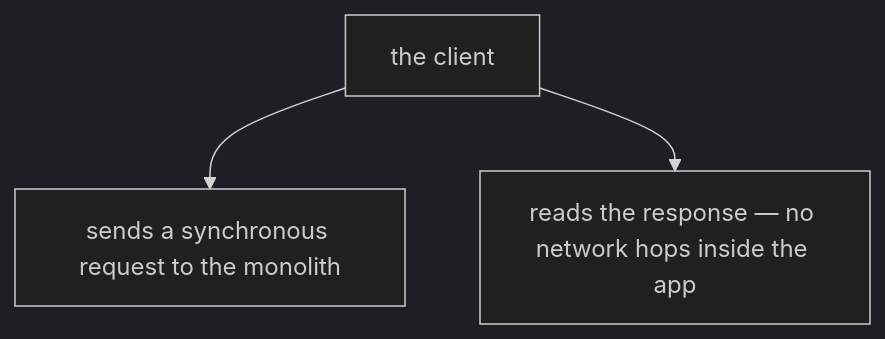
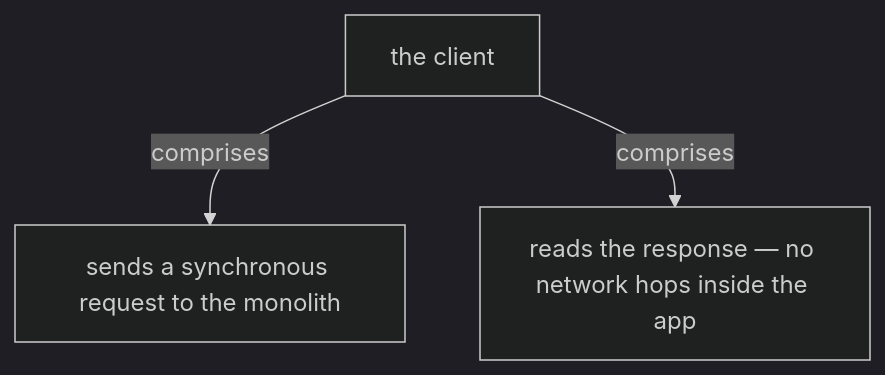
The seventh of 13 diagrams in docs/ch01-monolithic-architecture.md (vinayakuber/microservices-io-study-guide), drawn with Mermaid (dark theme) before and after one commit. The commit also changed other lines of this file and 71 other files, not shown here.

First line of the commit message:
R18: label every diagram arrow with its meaning

````diff
--- a/docs/ch01-monolithic-architecture.md
+++ b/docs/ch01-monolithic-architecture.md
@@ -301,6 +301,6 @@
 ```mermaid
 flowchart TD
   R["the client"]
-  R --> P0["sends a synchronous request to the monolith"]
-  R --> P1["reads the response — no network hops inside the app"]
+  R -->|"comprises"| P0["sends a synchronous request to the monolith"]
+  R -->|"comprises"| P1["reads the response — no network hops inside the app"]
 ```
````
